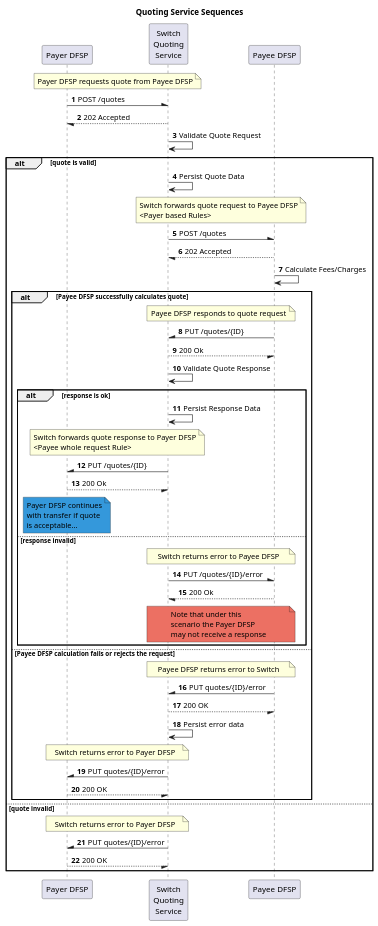
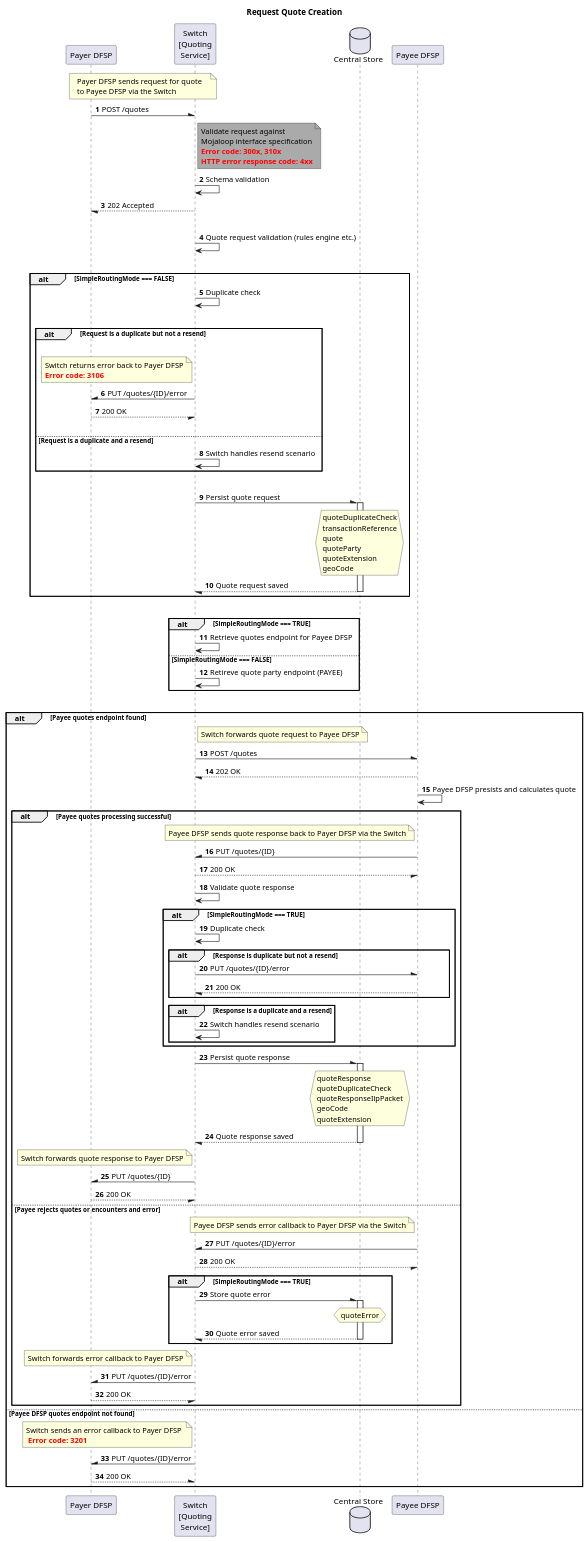
One commit to mojaloop/documentation changed the diagram in mojaloop-technical-overview/quoting-service/assets/diagrams/sequence/seq-post-quotes-1.2.0.plantuml. Above: the diagram before and after it, drawn with PlantUML. The commit also changed 1 other file, not shown here.

Commit message:
Add POST /quotes sd

```diff
--- a/mojaloop-technical-overview/quoting-service/assets/diagrams/sequence/seq-post-quotes-1.2.0.plantuml
+++ b/mojaloop-technical-overview/quoting-service/assets/diagrams/sequence/seq-post-quotes-1.2.0.plantuml
@@ -1,68 +1,117 @@
 @startuml
-Title Quoting Service Sequences
-participant "Payer DFSP"
-participant "Switch\nQuoting\nService" as Switch
-participant "Payee DFSP"
+Title Request Quote Creation
+participant "Payer DFSP" as PayerDFSP
+participant "Switch\n[Quoting\nService]" as Switch
+database "Central Store" as DB
+participant "Payee DFSP" as PayeeDFSP
+autonumber
 
-autonumber
-note over "Payer DFSP", Switch: Payer DFSP requests quote from Payee DFSP
-"Payer DFSP" -\ Switch: POST /quotes
-Switch --/ "Payer DFSP": 202 Accepted
-Switch -> Switch: Validate Quote Request
+note over PayerDFSP, Switch: Payer DFSP sends request for quote \nto Payee DFSP via the Switch
+PayerDFSP -\ Switch: POST /quotes
+note right of Switch #aaa
+    Validate request against 
+    Mojaloop interface specification
+    **<color #red>Error code: 300x, 310x</color>**
+    **<color #red>HTTP error response code: 4xx</color>**
+end note
+Switch -> Switch: Schema validation
+PayerDFSP \-- Switch: 202 Accepted
+|||
+Switch -> Switch: Quote request validation (rules engine etc.)
+|||
+alt SimpleRoutingMode === FALSE
+    Switch -> Switch: Duplicate check
+    |||
+    alt Request is a duplicate but not a resend
+    |||
+        note left of Switch
+            Switch returns error back to Payer DFSP
+            <color #red>**Error code: 3106**</color>
+        end note
+        PayerDFSP /- Switch: PUT /quotes/{ID}/error
+        PayerDFSP --/ Switch: 200 OK
+    |||
+    else Request is a duplicate and a resend
+        Switch -> Switch: Switch handles resend scenario
+    end
+    |||
+    Switch -\ DB: Persist quote request
+    activate DB
+        hnote over DB
+            quoteDuplicateCheck
+            transactionReference
+            quote
+            quoteParty
+            quoteExtension
+            geoCode
+        end hnote
+    Switch \-- DB: Quote request saved
+    deactivate DB
+end
+|||
+alt SimpleRoutingMode === TRUE
+    Switch -> Switch: Retrieve quotes endpoint for Payee DFSP
+else SimpleRoutingMode === FALSE
+    Switch -> Switch: Retireve quote party endpoint (PAYEE)
+end
+|||
+alt Payee quotes endpoint found
+    note right of Switch: Switch forwards quote request to Payee DFSP
+    Switch -\ PayeeDFSP: POST /quotes
+    Switch \-- PayeeDFSP: 202 OK
 
-alt quote is valid
-    
-    Switch -> Switch: Persist Quote Data
-    note over Switch, "Payee DFSP": Switch forwards quote request to Payee DFSP\n<Payer based Rules> 
-    Switch -\ "Payee DFSP": POST /quotes
-    "Payee DFSP" --/ Switch: 202 Accepted
-    "Payee DFSP" -> "Payee DFSP": Calculate Fees/Charges
-    
-    alt Payee DFSP successfully calculates quote
-    
-        note over "Payee DFSP", Switch: Payee DFSP responds to quote request
-        "Payee DFSP" -\ Switch: PUT /quotes/{ID}
-        Switch --/ "Payee DFSP": 200 Ok
-        
-        Switch -> Switch: Validate Quote Response
-        
-        alt response is ok
-        
-            Switch -> Switch: Persist Response Data
-            
-            note over Switch, "Payer DFSP": Switch forwards quote response to Payer DFSP\n<Payee \ whole request Rule>
-            
-            Switch -\ "Payer DFSP": PUT /quotes/{ID}
-            "Payer DFSP" --/ Switch: 200 Ok
-            
-            note over "Payer DFSP" #3498db: Payer DFSP continues\nwith transfer if quote\nis acceptable...
-        else response invalid
-        
-            note over Switch, "Payee DFSP": Switch returns error to Payee DFSP
-        
-            Switch -\ "Payee DFSP": PUT /quotes/{ID}/error
-            "Payee DFSP" --/ Switch : 200 Ok
-            
-            note over Switch, "Payee DFSP" #ec7063: Note that under this\nscenario the Payer DFSP\nmay not receive a response
-        
+    PayeeDFSP -> PayeeDFSP: Payee DFSP presists and calculates quote
+    alt Payee quotes processing successful
+        note left of PayeeDFSP: Payee DFSP sends quote response back to Payer DFSP via the Switch
+        Switch /- PayeeDFSP: PUT /quotes/{ID}
+        Switch --/ PayeeDFSP: 200 OK
+
+        Switch -> Switch: Validate quote response
+        alt SimpleRoutingMode === TRUE
+            Switch -> Switch: Duplicate check
+            alt Response is duplicate but not a resend
+                Switch -\ PayeeDFSP: PUT /quotes/{ID}/error
+                Switch \-- PayeeDFSP: 200 OK
+            end
+            alt Response is a duplicate and a resend
+                Switch -> Switch: Switch handles resend scenario
+            end
         end
-    else Payee DFSP calculation fails or rejects the request
-    
-        note over "Payee DFSP", Switch: Payee DFSP returns error to Switch
-    
-        "Payee DFSP" -\ Switch: PUT quotes/{ID}/error
-        Switch --/ "Payee DFSP": 200 OK
-        Switch -> Switch: Persist error data
-        
-        note over "Payer DFSP", Switch: Switch returns error to Payer DFSP
-        
-        Switch -\ "Payer DFSP": PUT quotes/{ID}/error
-        "Payer DFSP" --/ Switch: 200 OK
-    
+        Switch -\ DB: Persist quote response
+        activate DB
+        hnote over DB
+            quoteResponse
+            quoteDuplicateCheck
+            quoteResponseIlpPacket
+            geoCode
+            quoteExtension
+        end hnote
+        Switch \-- DB: Quote response saved
+        deactivate DB
+        note left of Switch: Switch forwards quote response to Payer DFSP
+        PayerDFSP /- Switch: PUT /quotes/{ID}
+        PayerDFSP --/ Switch: 200 OK
+    else Payee rejects quotes or encounters and error
+        note left of PayeeDFSP: Payee DFSP sends error callback to Payer DFSP via the Switch
+        Switch /- PayeeDFSP: PUT /quotes/{ID}/error
+        Switch --/ PayeeDFSP: 200 OK
+        alt SimpleRoutingMode === TRUE
+            Switch -\ DB: Store quote error
+            activate DB
+            hnote over DB
+                quoteError
+            end hnote
+            Switch \-- DB: Quote error saved
+            deactivate DB
+        end
+        note left of Switch: Switch forwards error callback to Payer DFSP
+        PayerDFSP /- Switch: PUT /quotes/{ID}/error
+        PayerDFSP --/ Switch: 200 OK
     end
-else quote invalid
-    note over "Payer DFSP", Switch: Switch returns error to Payer DFSP
-    Switch -\ "Payer DFSP": PUT quotes/{ID}/error
-    "Payer DFSP" --/ Switch: 200 OK
+else Payee DFSP quotes endpoint not found
+    note left of Switch: Switch sends an error callback to Payer DFSP \n <color #red>**Error code: 3201**</color>
+    PayerDFSP /- Switch: PUT /quotes/{ID}/error
+    PayerDFSP --\ Switch: 200 OK
 end
+
 @enduml
```
